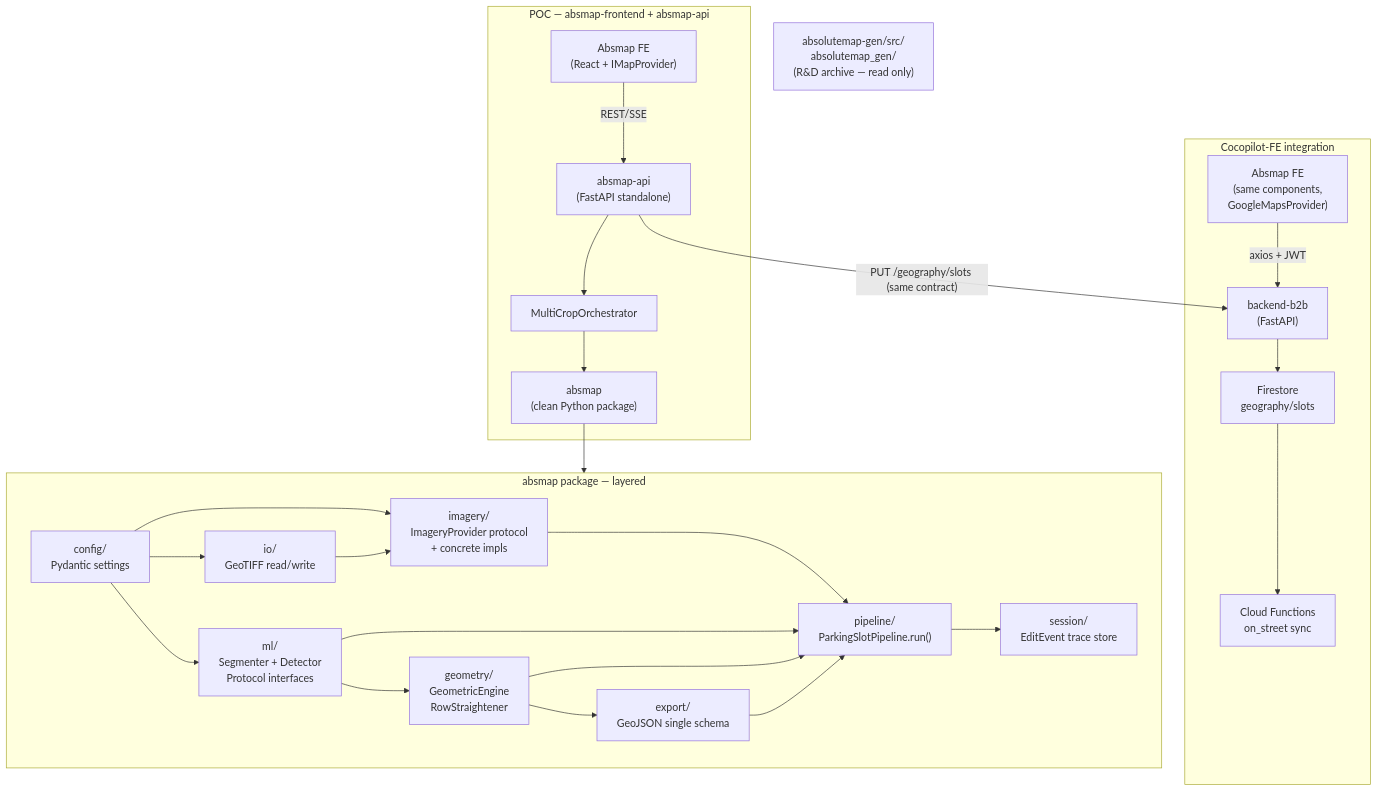
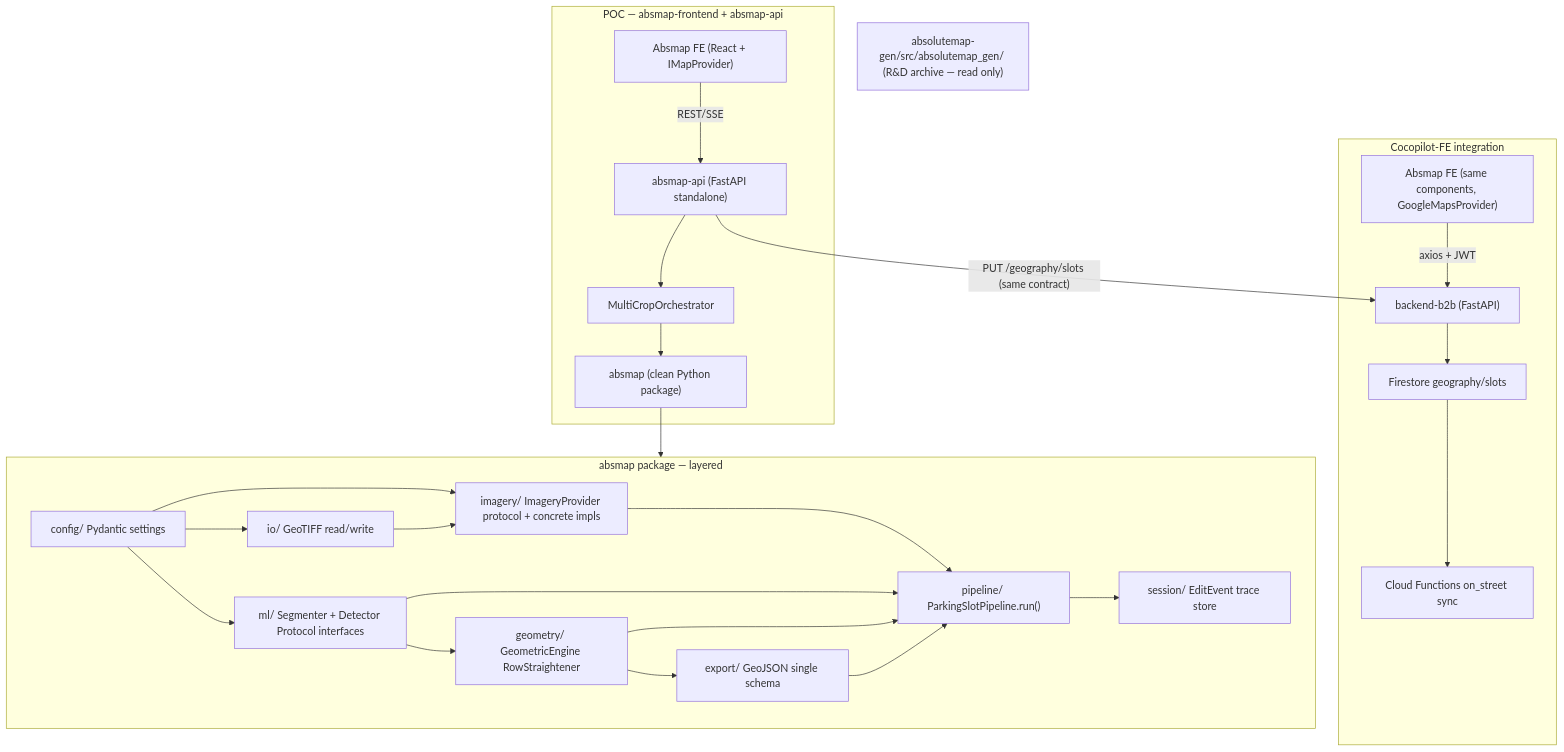
The first of 2 diagrams in absmap_architecture.md (youssouf-sagaf/autocalib), drawn with Mermaid before and after one commit. The commit also changed other lines of this file and 5 other files, not shown here.

Commit message:
Update absmap_architecture.md to specify Mapbox GL JS as the initial renderer for the POC, enhance flowchart descriptions for clarity, and add detailed parity validation steps for the rewrite process. Adjust formatting for improved readability and update edge case handling in the correction steps.

````diff
--- a/absmap_architecture.md
+++ b/absmap_architecture.md
@@ -16,50 +16,50 @@
 ```mermaid
 flowchart TD
     subgraph poc [POC — absmap-frontend + absmap-api]
-        UI_POC["Absmap FE\n(React + IMapProvider)"]
-        API_POC["absmap-api\n(FastAPI standalone)"]
+        UI_POC["Absmap FE (React + IMapProvider)"]
+        API_POC["absmap-api (FastAPI standalone)"]
         Orch["MultiCropOrchestrator"]
-        Pkg["absmap\n(clean Python package)"]
+        Pkg["absmap (clean Python package)"]
         UI_POC -->|"REST/SSE"| API_POC
         API_POC --> Orch
         Orch --> Pkg
     end
 
     subgraph integration [Cocopilot-FE integration]
-        UI_INT["Absmap FE\n(same components,\nGoogleMapsProvider)"]
-        B2B["backend-b2b\n(FastAPI)"]
-        Firestore["Firestore\ngeography/slots"]
-        CF["Cloud Functions\non_street sync"]
+        UI_INT["Absmap FE (same components, GoogleMapsProvider)"]
+        B2B["backend-b2b (FastAPI)"]
+        Firestore["Firestore geography/slots"]
+        CF["Cloud Functions on_street sync"]
         UI_INT -->|"axios + JWT"| B2B
         B2B --> Firestore
         Firestore --> CF
     end
 
     API_POC -->|"PUT /geography/slots (same contract)"| B2B
 
     subgraph absmap_layers [absmap package — layered]
-        config["config/\nPydantic settings"]
-        io_layer["io/\nGeoTIFF read/write"]
-        imagery["imagery/\nImageryProvider protocol\n+ concrete impls"]
-        ml["ml/\nSegmenter + Detector\nProtocol interfaces"]
-        geometry["geometry/\nGeometricEngine\nRowStraightener"]
-        export_layer["export/\nGeoJSON single schema"]
-        pipeline_layer["pipeline/\nParkingSlotPipeline.run()"]
-        session_layer["session/\nEditEvent trace store"]
+        config["config/ Pydantic settings"]
+        io_layer["io/ GeoTIFF read/write"]
+        imagery["imagery/ ImageryProvider protocol + concrete impls"]
+        ml["ml/ Segmenter + Detector Protocol interfaces"]
+        geometry["geometry/ GeometricEngine RowStraightener"]
+        export_layer["export/ GeoJSON single schema"]
+        pipeline_layer["pipeline/ ParkingSlotPipeline.run()"]
+        session_layer["session/ EditEvent trace store"]
 
         config --> io_layer
         config --> imagery
         config --> ml
         io_layer --> imagery
         ml --> geometry
         geometry --> export_layer
         imagery --> pipeline_layer
         ml --> pipeline_layer
         geometry --> pipeline_layer
         export_layer --> pipeline_layer
         pipeline_layer --> session_layer
     end
 
     Pkg --> absmap_layers
-    RD["absolutemap-gen/src/\nabsolutemap_gen/\n(R&D archive — read only)"]
+    RD["absolutemap-gen/src/absolutemap_gen/ (R&D archive — read only)"]
 ```
````
